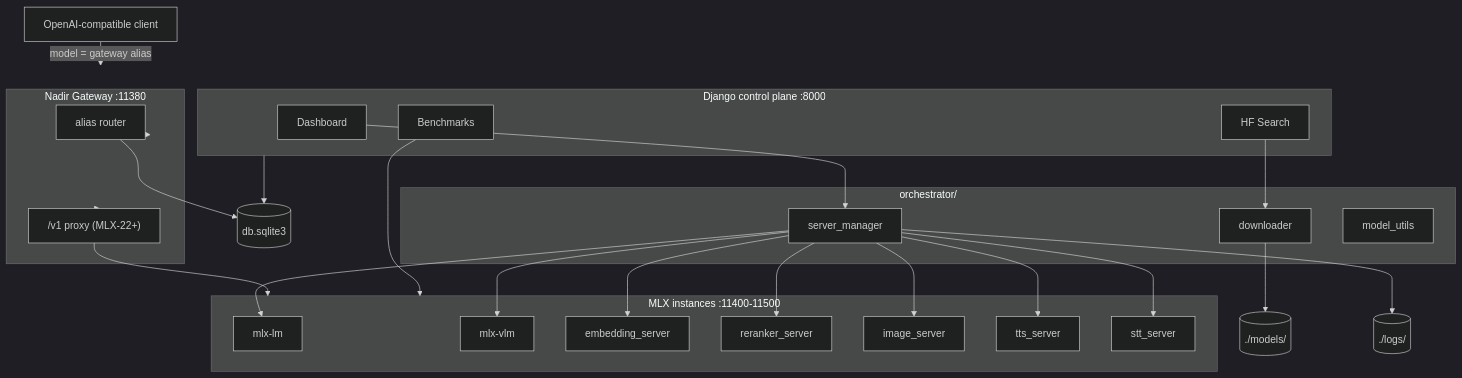
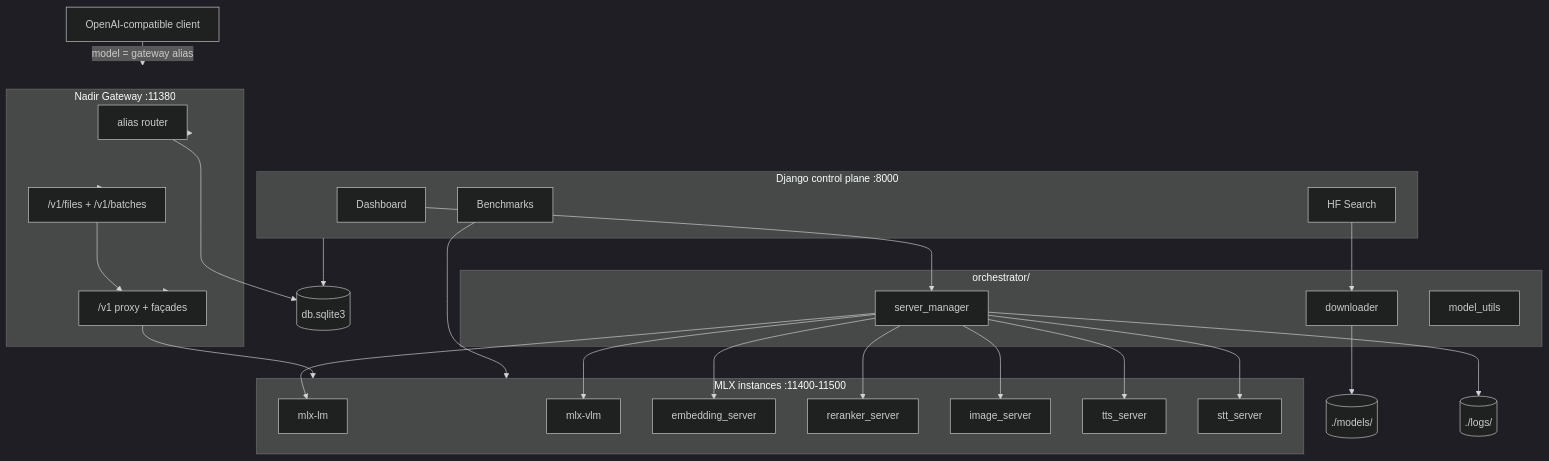
One commit to assiadialeb/nadir-mlx changed the diagram in README.md. Above: the diagram before and after it, drawn with Mermaid (dark theme). The commit also changed other lines of this file and 14 other files, not shown here.

First line of the commit message:
fix(batch): safe purge shared inputs and reconcile stale jobs (MLX-133) (#85)

````diff
--- a/README.md
+++ b/README.md
@@ -72,47 +79,50 @@
 ```mermaid
 flowchart TB
     subgraph UI["Django control plane :8000"]
         Dashboard[Dashboard]
         Search[HF Search]
         Benchmark[Benchmarks]
     end
 
     subgraph Gateway["Nadir Gateway :11380"]
         Router[alias router]
-        Proxy["/v1 proxy (MLX-22+)"]
+        Proxy["/v1 proxy + façades"]
+        Batch["/v1/files + /v1/batches"]
     end
 
     subgraph Orchestrator["orchestrator/"]
         SM[server_manager]
         DL[downloader]
         MU[model_utils]
     end
 
     subgraph Instances["MLX instances :11400-11500"]
         TEXT[mlx-lm]
         VLM[mlx-vlm]
         EMB[embedding_server]
         RR[reranker_server]
         IMG[image_server]
         TTS[tts_server]
         STT[stt_server]
     end
 
     Client[OpenAI-compatible client]
     Models[(./models/)]
     Logs[(./logs/)]
     DB[(db.sqlite3)]
 
     Client -->|"model = gateway alias"| Gateway
     Gateway --> Router
     Router --> DB
     Gateway --> Proxy
+    Gateway --> Batch
+    Batch --> Proxy
     Proxy --> Instances
     Dashboard --> SM
     Search --> DL
     DL --> Models
     SM --> TEXT & VLM & EMB & RR & IMG & TTS & STT
     SM --> Logs
     UI --> DB
     Benchmark --> Instances
 ```
````
